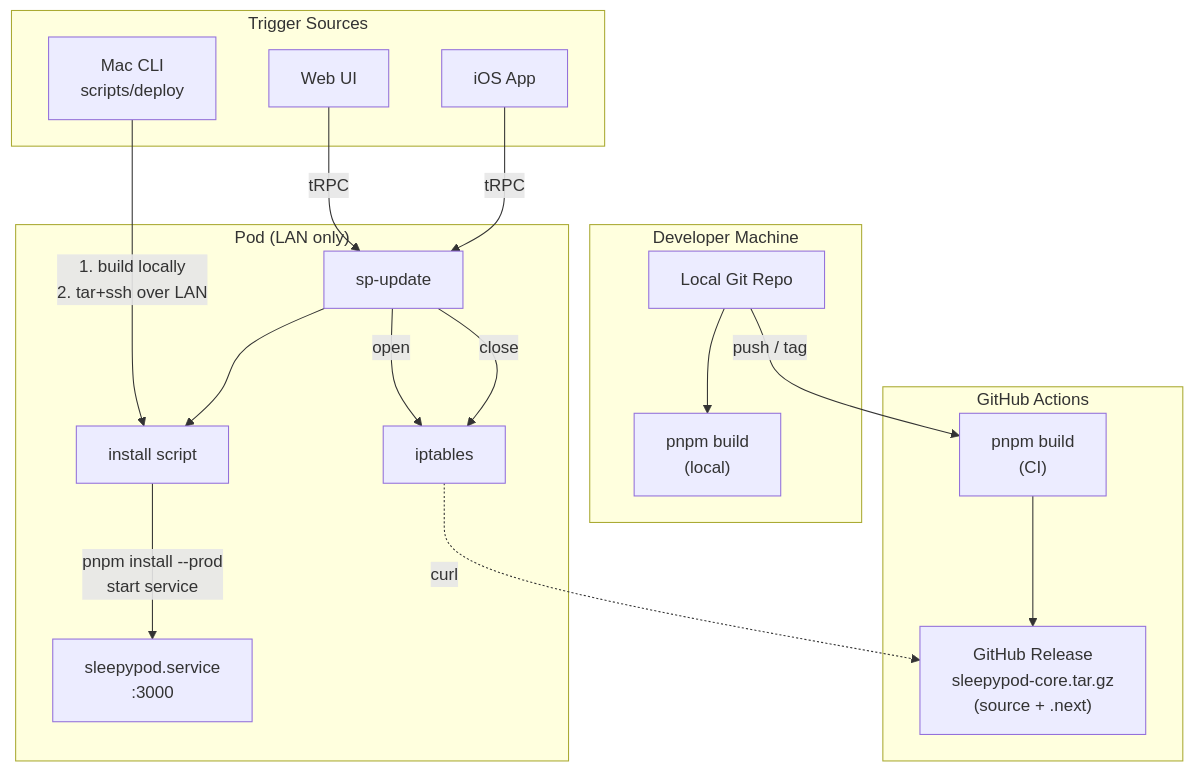
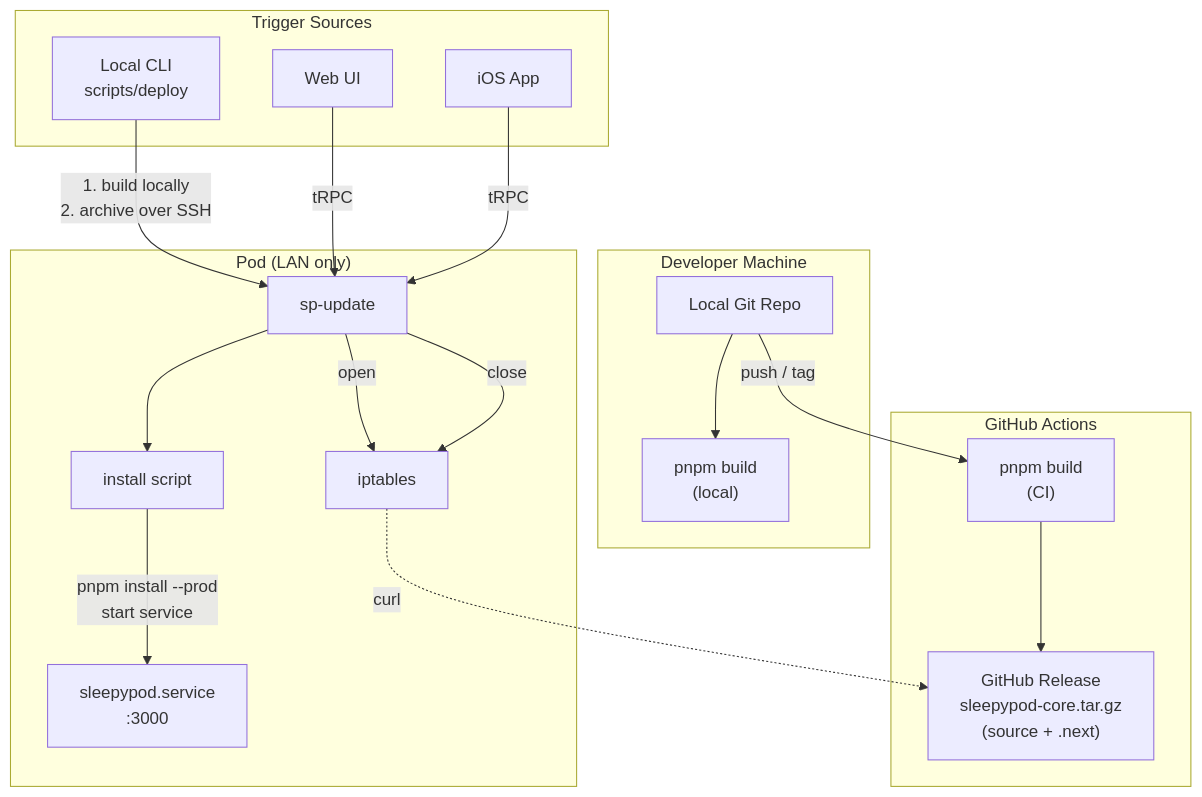
Before and after one commit to sleepypod/core: the diagram in docs/DEPLOYMENT.md, drawn with Mermaid. The commit also changed other lines of this file and 5 other files, not shown here.

Commit message:
fix(deploy): require prebuilt updates and stage local builds over SSH

````diff
--- a/docs/DEPLOYMENT.md
+++ b/docs/DEPLOYMENT.md
@@ -9,40 +9,40 @@
 ```mermaid
 flowchart TB
     subgraph dev["Developer Machine"]
         repo["Local Git Repo"]
         build_local["pnpm build<br/>(local)"]
     end
 
     subgraph ci["GitHub Actions"]
         build_ci["pnpm build<br/>(CI)"]
         release["GitHub Release<br/>sleepypod-core.tar.gz<br/>(source + .next)"]
     end
 
     subgraph pod["Pod (LAN only)"]
         spupdate["sp-update"]
         install["install script"]
         iptables["iptables"]
         service["sleepypod.service<br/>:3000"]
     end
 
     subgraph trigger["Trigger Sources"]
-        mac["Mac CLI<br/>scripts/deploy"]
+        mac["Local CLI<br/>scripts/deploy"]
         web["Web UI"]
         ios["iOS App"]
     end
 
     repo --> build_local
     repo -->|"push / tag"| build_ci
     build_ci --> release
 
-    mac -->|"1. build locally<br/>2. tar+ssh over LAN"| install
+    mac -->|"1. build locally<br/>2. archive over SSH"| spupdate
     web -->|"tRPC"| spupdate
     ios -->|"tRPC"| spupdate
 
     spupdate -->|"open"| iptables
     iptables -.->|"curl"| release
     spupdate -->|"close"| iptables
     spupdate --> install
 
     install -->|"pnpm install --prod<br/>start service"| service
 ```
````
